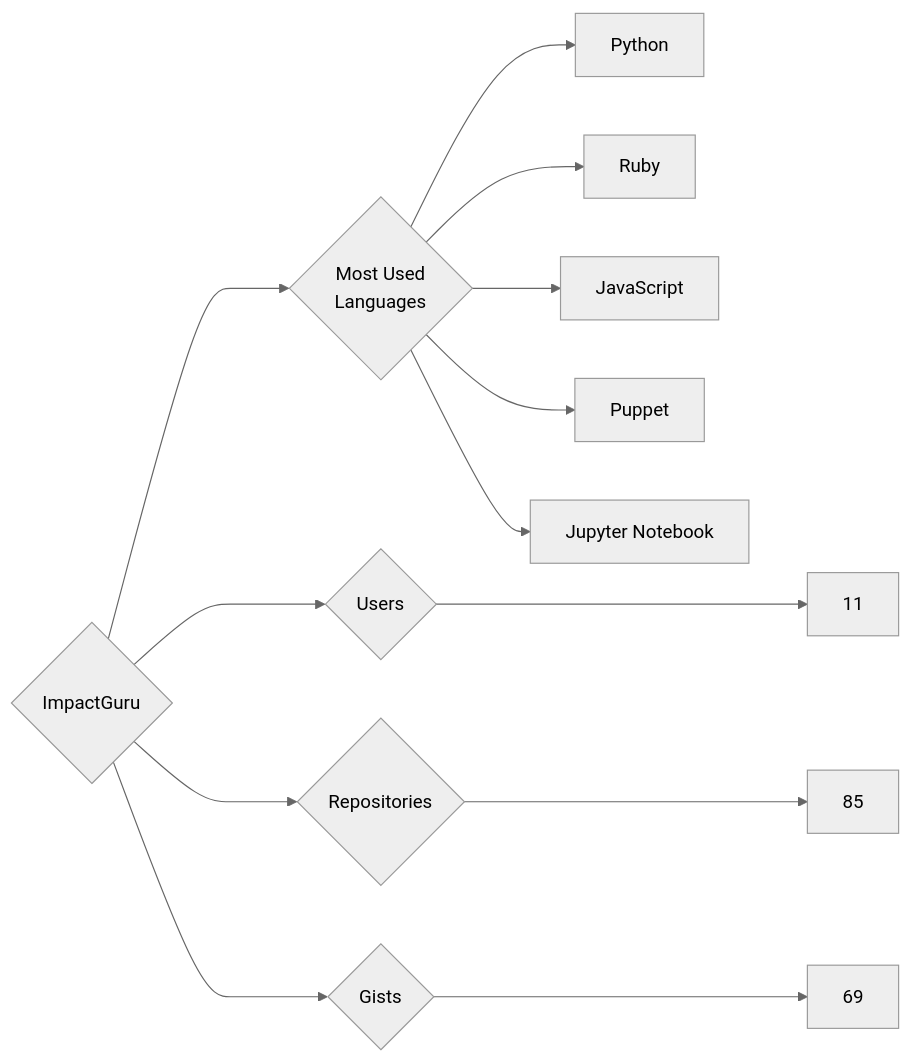
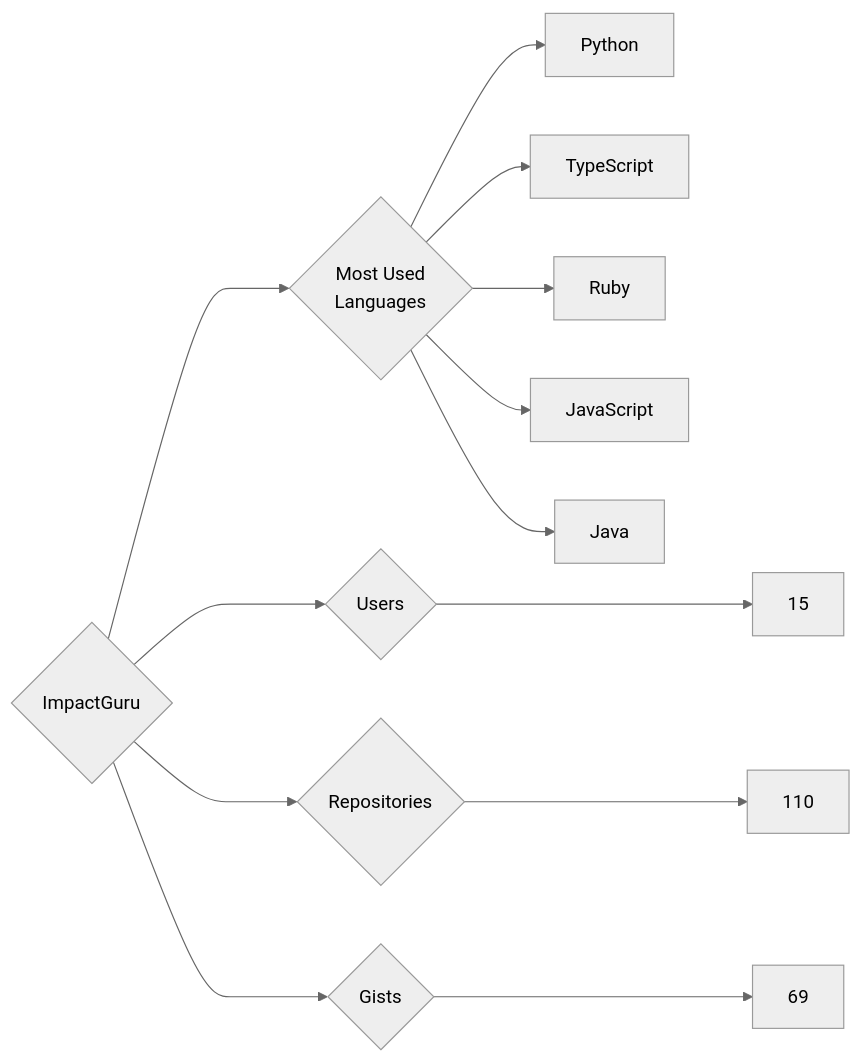
One commit to trickest/insiders changed the diagram in targets/ImpactGuru/README.md. Above: the diagram before and after it, drawn with Mermaid (neutral theme). The commit also changed 681 other files, not shown here.

````diff
--- a/targets/ImpactGuru/README.md
+++ b/targets/ImpactGuru/README.md
@@ -3,13 +3,13 @@
 ```mermaid
 graph LR
 COMPANY_NAME{ImpactGuru}
-COMPANY_NAME ---> U{Users} ---> UN[11]
-COMPANY_NAME ---> R{Repositories} ---> RN[85]
+COMPANY_NAME ---> U{Users} ---> UN[15]
+COMPANY_NAME ---> R{Repositories} ---> RN[110]
 COMPANY_NAME ---> G{Gists} ---> GN[69]
 COMPANY_NAME ---> ML{Most Used<br>Languages}
 ML --> Python[Python]
+ML --> TypeScript[TypeScript]
 ML --> Ruby[Ruby]
 ML --> JavaScript[JavaScript]
-ML --> Puppet[Puppet]
-ML --> Jupyter_Notebook[Jupyter Notebook]
+ML --> Java[Java]
 ```
````
